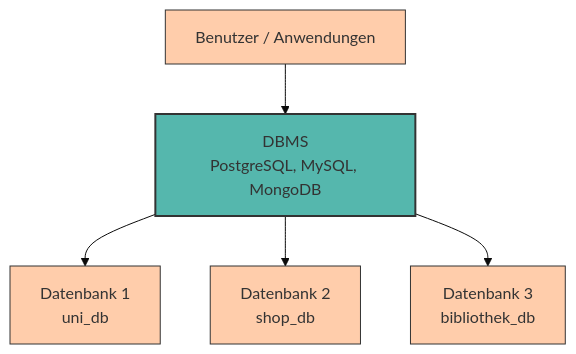
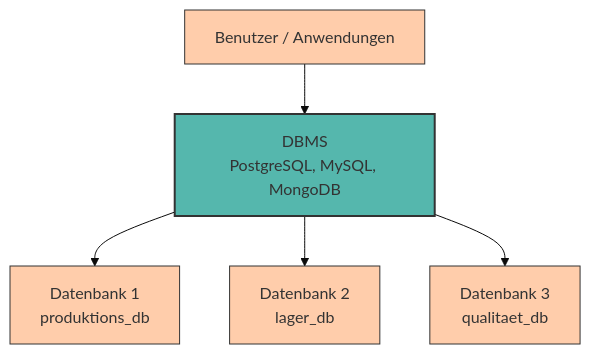
Before and after one commit to mciwing/data-campus: the diagram in docs/database/einfuehrung.md, drawn with Mermaid (base theme). The commit also changed other lines of this file, not shown here.

````diff
--- a/docs/database/einfuehrung.md
+++ b/docs/database/einfuehrung.md
@@ -65,10 +65,10 @@
 ```mermaid
 flowchart TB
     A[Benutzer / Anwendungen]:::peach --> B[DBMS<br/>PostgreSQL, MySQL, MongoDB]:::teal
-    B --> C[Datenbank 1<br/>uni_db]:::peach
-    B --> D[Datenbank 2<br/>shop_db]:::peach
-    B --> E[Datenbank 3<br/>bibliothek_db]:::peach
+    B --> C[Datenbank 1<br/>produktions_db]:::peach
+    B --> D[Datenbank 2<br/>lager_db]:::peach
+    B --> E[Datenbank 3<br/>qualitaet_db]:::peach
 
     classDef peach fill:#FFB482aa,stroke:#333,stroke-width:1px;
     classDef teal fill:#009485aa,stroke:#333,stroke-width:2px;
 ```
````
